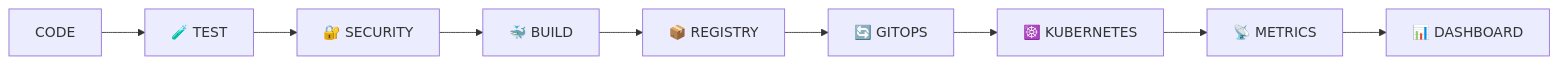
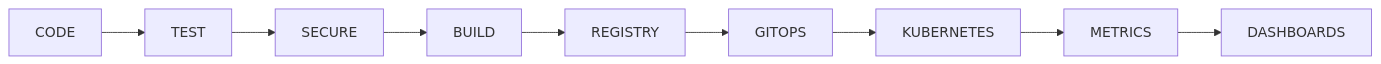
The sixth of 7 diagrams in README.md (harshithrosun2705-star/harshithrosun2705-star), drawn with Mermaid before and after one commit. The commit also changed other lines of this file, not shown here.

````diff
--- a/README.md
+++ b/README.md
@@ -944,23 +681,11 @@
 ```mermaid
 flowchart LR
-
-    CODE["</> CODE"]
-
-    TEST["🧪 TEST"]
-    SECURITY["🔐 SECURITY"]
-    BUILD["🐳 BUILD"]
-    REGISTRY["📦 REGISTRY"]
-    GITOPS["🔄 GITOPS"]
-    K8S["☸️ KUBERNETES"]
-    METRICS["📡 METRICS"]
-    DASH["📊 DASHBOARD"]
-
-    CODE --> TEST
-    TEST --> SECURITY
-    SECURITY --> BUILD
-    BUILD --> REGISTRY
-    REGISTRY --> GITOPS
-    GITOPS --> K8S
-    K8S --> METRICS
-    METRICS --> DASH
+    A["CODE"] --> B["TEST"]
+    B --> C["SECURE"]
+    C --> D["BUILD"]
+    D --> E["REGISTRY"]
+    E --> F["GITOPS"]
+    F --> G["KUBERNETES"]
+    G --> H["METRICS"]
+    H --> I["DASHBOARDS"]
 ```
````
